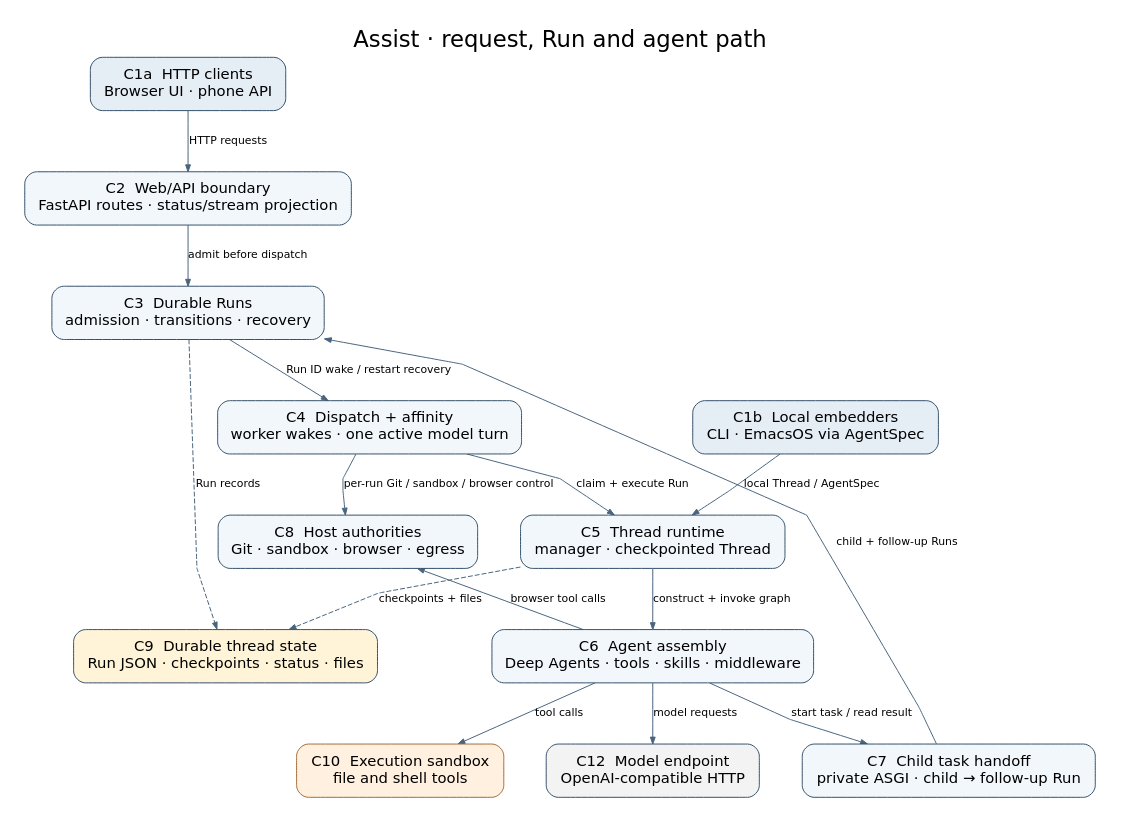
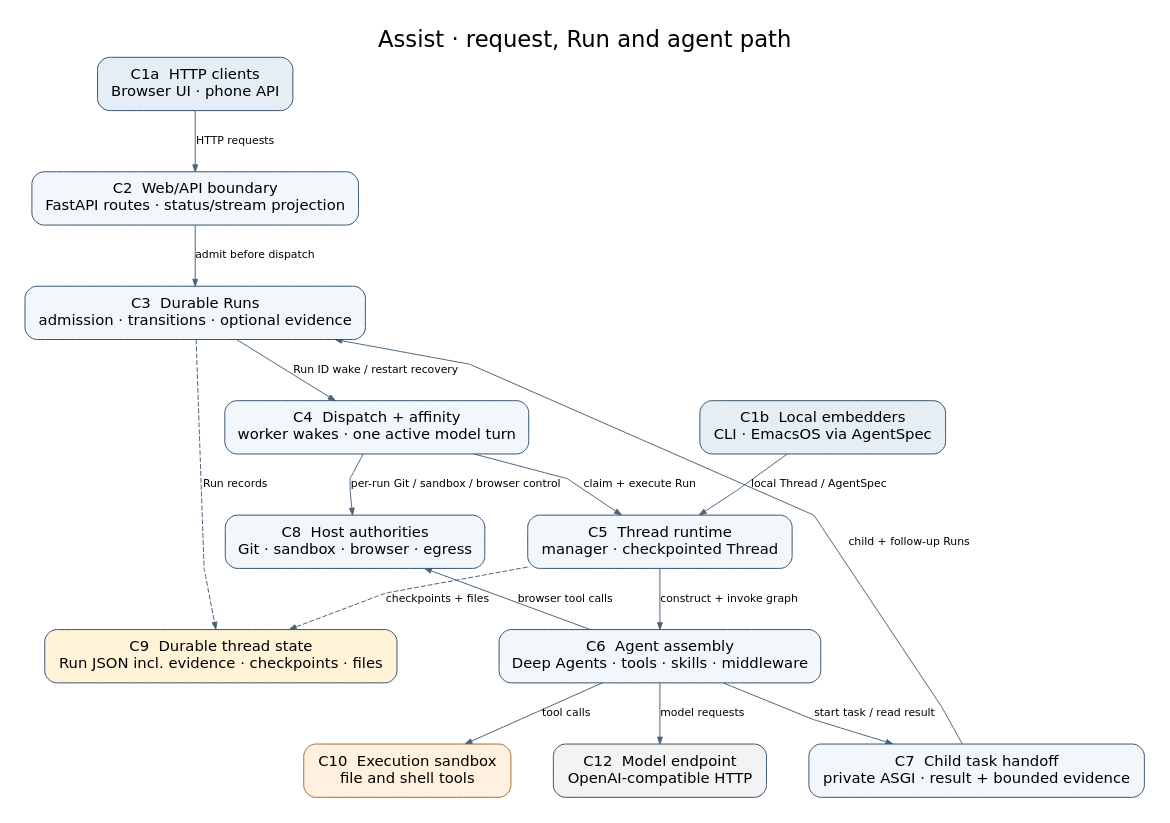
Before and after one commit to pierrel/assist: the diagram in docs/architecture.dot, drawn with Graphviz. The commit also changed 15 other files, not shown here.

Commit message:
Carry bounded research source evidence to terminal checker

```diff
--- a/docs/architecture.dot
+++ b/docs/architecture.dot
@@ -1,44 +1,44 @@
 digraph Assist {
   graph [label="Assist · request, Run and agent path", labelloc=t,
          fontname="DejaVu Sans", fontsize=23, bgcolor="white",
          rankdir=TB, pad=0.25, nodesep=0.6, ranksep=0.68,
          splines=polyline, outputorder=edgesfirst];
   node [shape=box, style="rounded,filled", color="#34506a",
         fillcolor="#f2f7fc", fontname="DejaVu Sans", fontsize=15,
         margin="0.19,0.14"];
   edge [fontname="DejaVu Sans", fontsize=11, color="#49647d",
         arrowsize=0.7];
 
   C1a [label="C1a  HTTP clients\nBrowser UI · phone API",
        fillcolor="#e5edf5"];
   C1b [label="C1b  Local embedders\nCLI · EmacsOS via AgentSpec",
        fillcolor="#e5edf5"];
   C2 [label="C2  Web/API boundary\nFastAPI routes · status/stream projection"];
-  C3 [label="C3  Durable Runs\nadmission · transitions · recovery"];
+  C3 [label="C3  Durable Runs\nadmission · transitions · optional evidence"];
   C4 [label="C4  Dispatch + affinity\nworker wakes · one active model turn"];
   C5 [label="C5  Thread runtime\nmanager · checkpointed Thread"];
   C6 [label="C6  Agent assembly\nDeep Agents · tools · skills · middleware"];
-  C7 [label="C7  Child task handoff\nprivate ASGI · child → follow-up Run"];
+  C7 [label="C7  Child task handoff\nprivate ASGI · result + bounded evidence"];
   C8 [label="C8  Host authorities\nGit · sandbox · browser · egress"];
-  C9 [label="C9  Durable thread state\nRun JSON · checkpoints · status · files",
+  C9 [label="C9  Durable thread state\nRun JSON incl. evidence · checkpoints · files",
       fillcolor="#fff4d7"];
   C10 [label="C10  Execution sandbox\nfile and shell tools", fillcolor="#fff0df",
        color="#a46b36"];
   C12 [label="C12  Model endpoint\nOpenAI-compatible HTTP",
        fillcolor="#f3f3f3"];
 
   C1a -> C2 [label="HTTP requests"];
   C2 -> C3 [label="admit before dispatch"];
   C3 -> C4 [label="Run ID wake / restart recovery"];
   C4 -> C5 [label="claim + execute Run"];
   C1b -> C5 [label="local Thread / AgentSpec"];
   C5 -> C6 [label="construct + invoke graph"];
   C6 -> C7 [label="start task / read result"];
   C7 -> C3 [label="child + follow-up Runs", constraint=false];
   C4 -> C8 [label="per-run Git / sandbox / browser control"];
   C6 -> C8 [label="browser tool calls", constraint=false];
   C3 -> C9 [label="Run records", style=dashed];
   C5 -> C9 [label="checkpoints + files", style=dashed];
   C6 -> C10 [label="tool calls"];
   C6 -> C12 [label="model requests"];
 }
```
